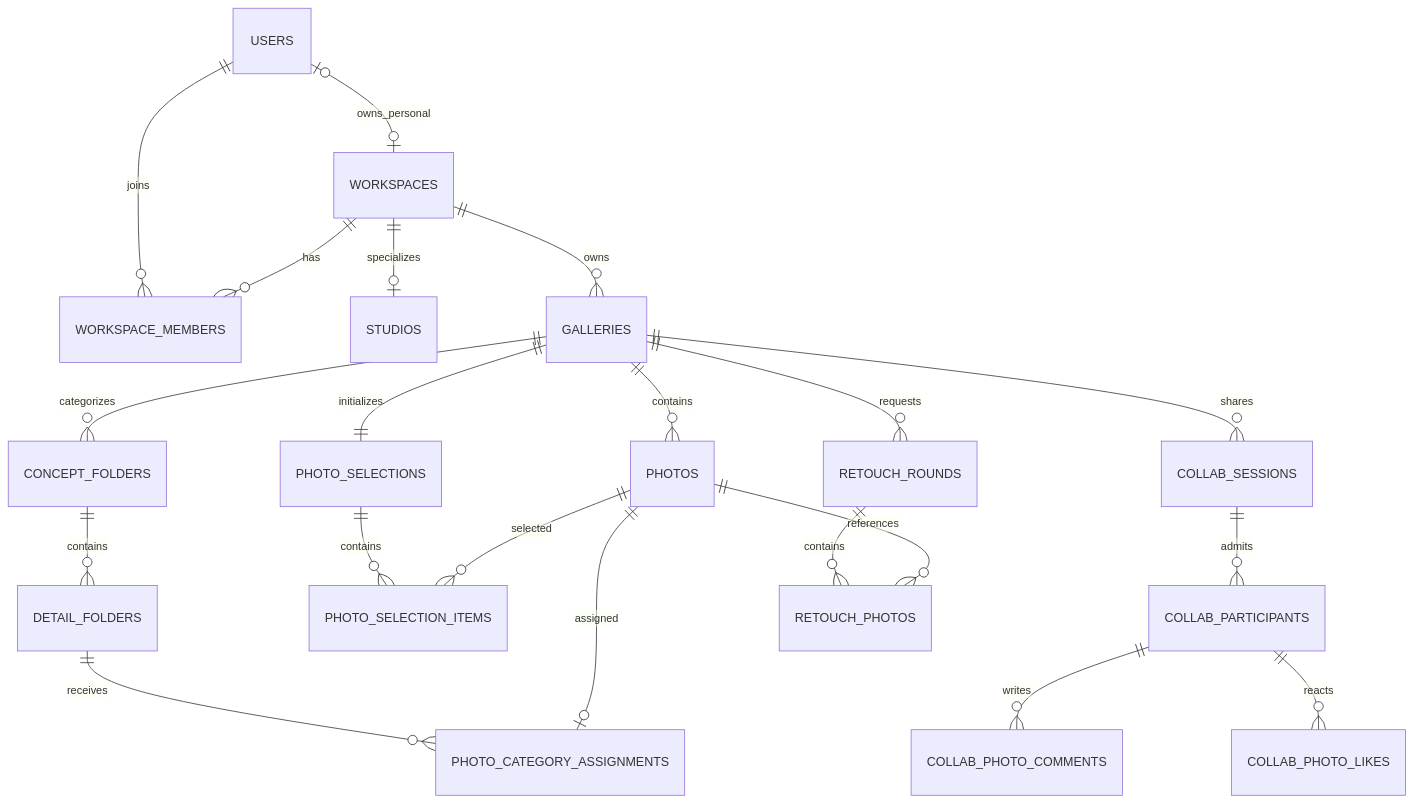
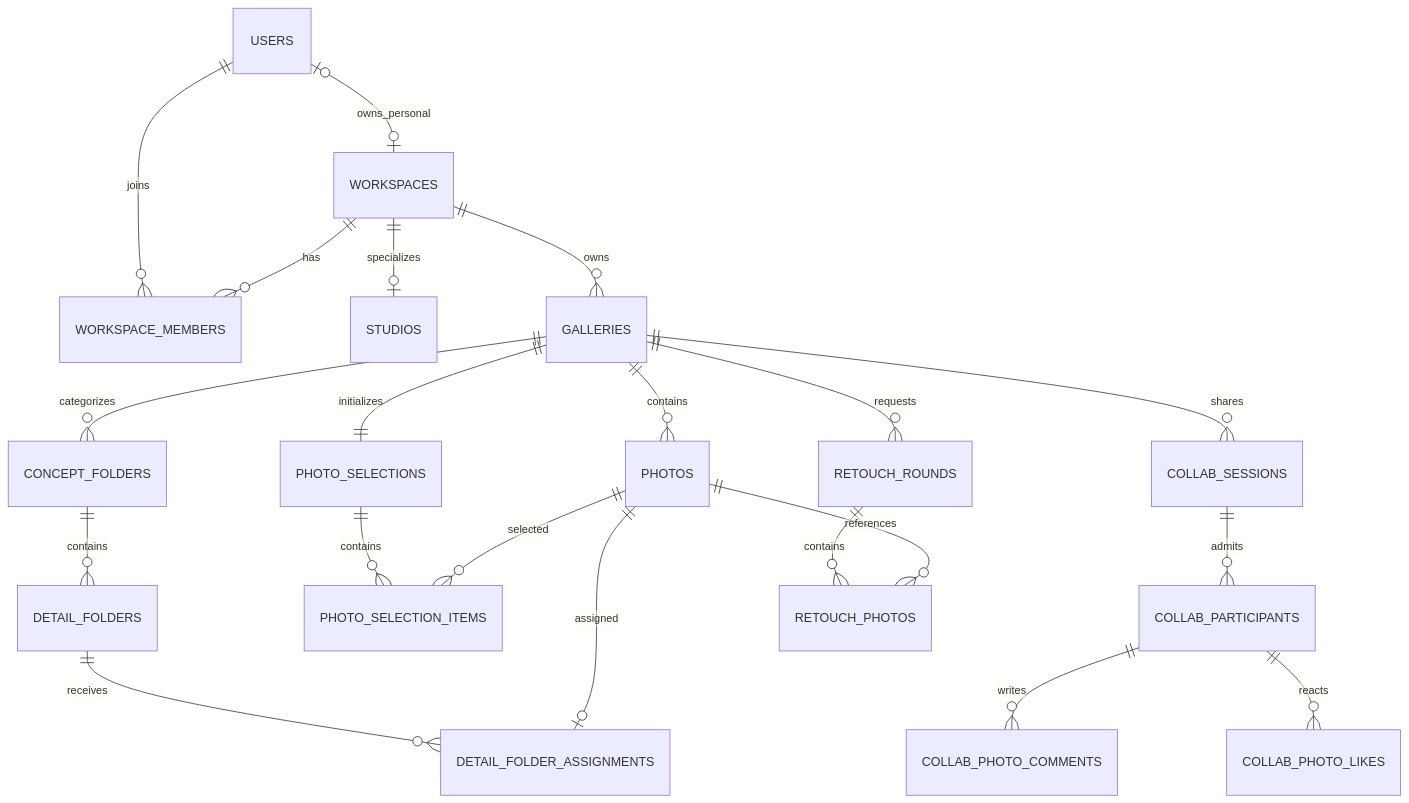
Before and after one commit to organic-agent/WES-DOCS: the diagram in docs/data-model/index.md, drawn with Mermaid. The commit also changed other lines of this file and 15 other files, not shown here.

````diff
--- a/docs/data-model/index.md
+++ b/docs/data-model/index.md
@@ -30,23 +31,23 @@
 ```mermaid
 erDiagram
     USERS |o--o| WORKSPACES : owns_personal
     USERS ||--o{ WORKSPACE_MEMBERS : joins
     WORKSPACES ||--o{ WORKSPACE_MEMBERS : has
     WORKSPACES ||--o| STUDIOS : specializes
     WORKSPACES ||--o{ GALLERIES : owns
     GALLERIES ||--o{ PHOTOS : contains
     GALLERIES ||--o{ CONCEPT_FOLDERS : categorizes
     CONCEPT_FOLDERS ||--o{ DETAIL_FOLDERS : contains
-    DETAIL_FOLDERS ||--o{ PHOTO_CATEGORY_ASSIGNMENTS : receives
-    PHOTOS ||--o| PHOTO_CATEGORY_ASSIGNMENTS : assigned
+    DETAIL_FOLDERS ||--o{ DETAIL_FOLDER_ASSIGNMENTS : receives
+    PHOTOS ||--o| DETAIL_FOLDER_ASSIGNMENTS : assigned
     GALLERIES ||--|| PHOTO_SELECTIONS : initializes
     PHOTO_SELECTIONS ||--o{ PHOTO_SELECTION_ITEMS : contains
     PHOTOS ||--o{ PHOTO_SELECTION_ITEMS : selected
     GALLERIES ||--o{ COLLAB_SESSIONS : shares
     COLLAB_SESSIONS ||--o{ COLLAB_PARTICIPANTS : admits
     COLLAB_PARTICIPANTS ||--o{ COLLAB_PHOTO_COMMENTS : writes
     COLLAB_PARTICIPANTS ||--o{ COLLAB_PHOTO_LIKES : reacts
     GALLERIES ||--o{ RETOUCH_ROUNDS : requests
     RETOUCH_ROUNDS ||--o{ RETOUCH_PHOTOS : contains
     PHOTOS ||--o{ RETOUCH_PHOTOS : references
 ```
````
